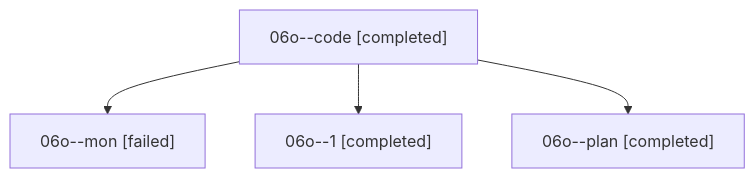
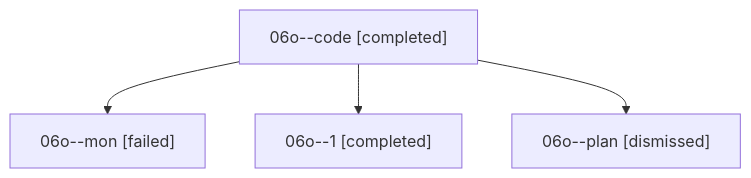
Before and after one commit to sase-org/sase--agents: the diagram in families/bbugyi200.athena.06o.md, drawn with Mermaid. The commit also changed other lines of this file and 530 other files, not shown here.

````diff
--- a/families/bbugyi200.athena.06o.md
+++ b/families/bbugyi200.athena.06o.md
@@ -9,10 +9,10 @@
 ```mermaid
 flowchart TD
   n0["06o--code [completed]"]
   n1["06o--mon [failed]"]
   n0 --> n1
   n2["06o--1 [completed]"]
   n0 --> n2
-  n3["06o--plan [completed]"]
+  n3["06o--plan [dismissed]"]
   n0 --> n3
 ```
````
